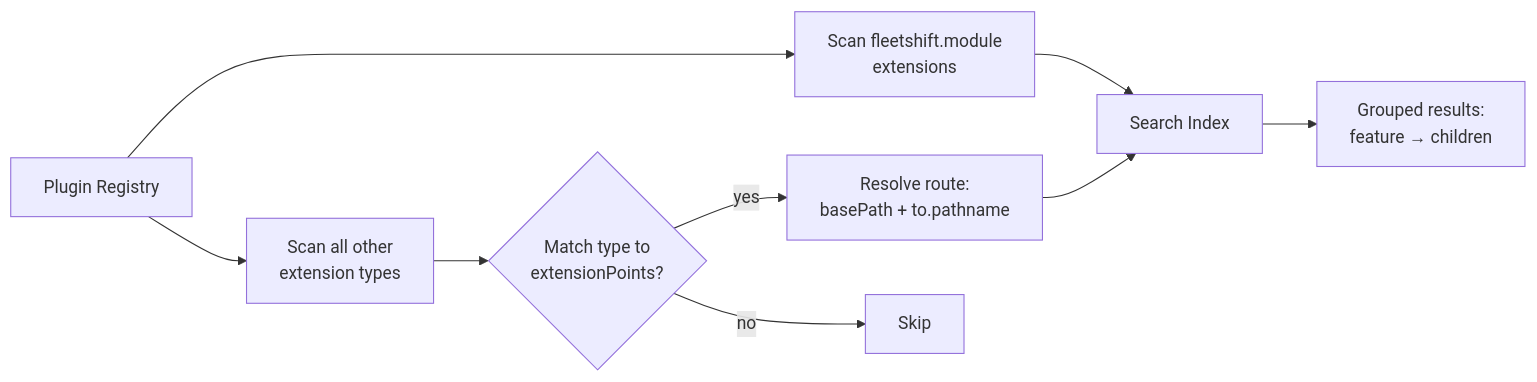
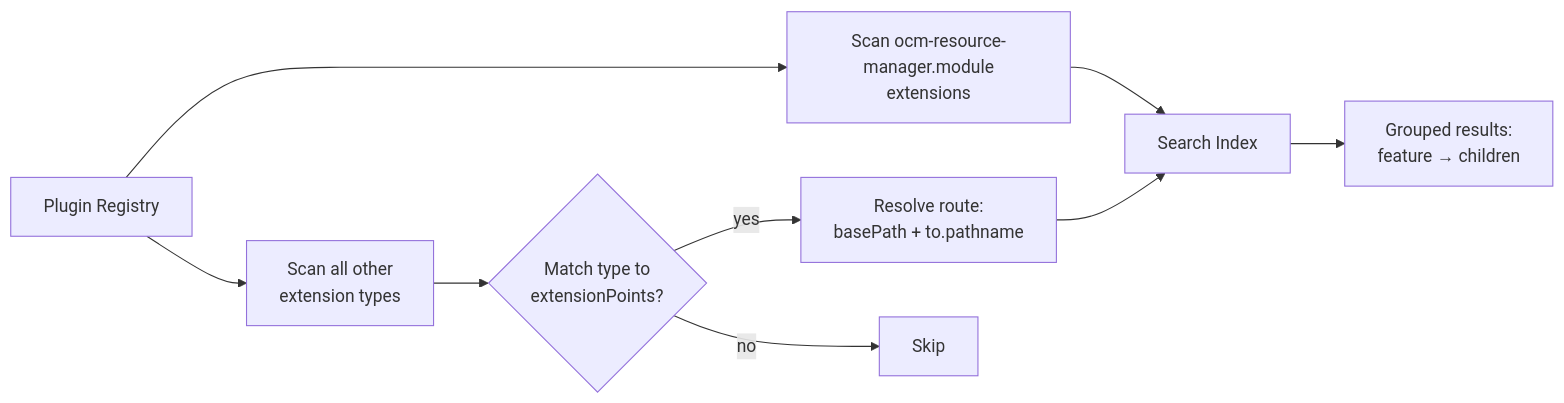
Before and after one commit to fleetshift/fleetshift-poc: the second of 3 diagrams in docs/ui/feature-contracts.md, drawn with Mermaid. The commit also changed other lines of this file and 1079 other files, not shown here.

Commit message:
Rename experimental OCM resource manager source and runtime identities

````diff
--- a/docs/ui/feature-contracts.md
+++ b/docs/ui/feature-contracts.md
@@ -163,12 +163,12 @@
 ```mermaid
 flowchart LR
-    R["Plugin Registry"] --> M["Scan fleetshift.module<br/>extensions"]
+    R["Plugin Registry"] --> M["Scan ocm-resource-manager.module<br/>extensions"]
     M --> IDX["Search Index"]
     R --> X["Scan all other<br/>extension types"]
     X --> MATCH{"Match type to<br/>extensionPoints?"}
     MATCH -->|yes| RESOLVE["Resolve route:<br/>basePath + to.pathname"]
     RESOLVE --> IDX
     MATCH -->|no| SKIP["Skip"]
 
     IDX --> TREE["Grouped results:<br/>feature → children"]
 ```
````
